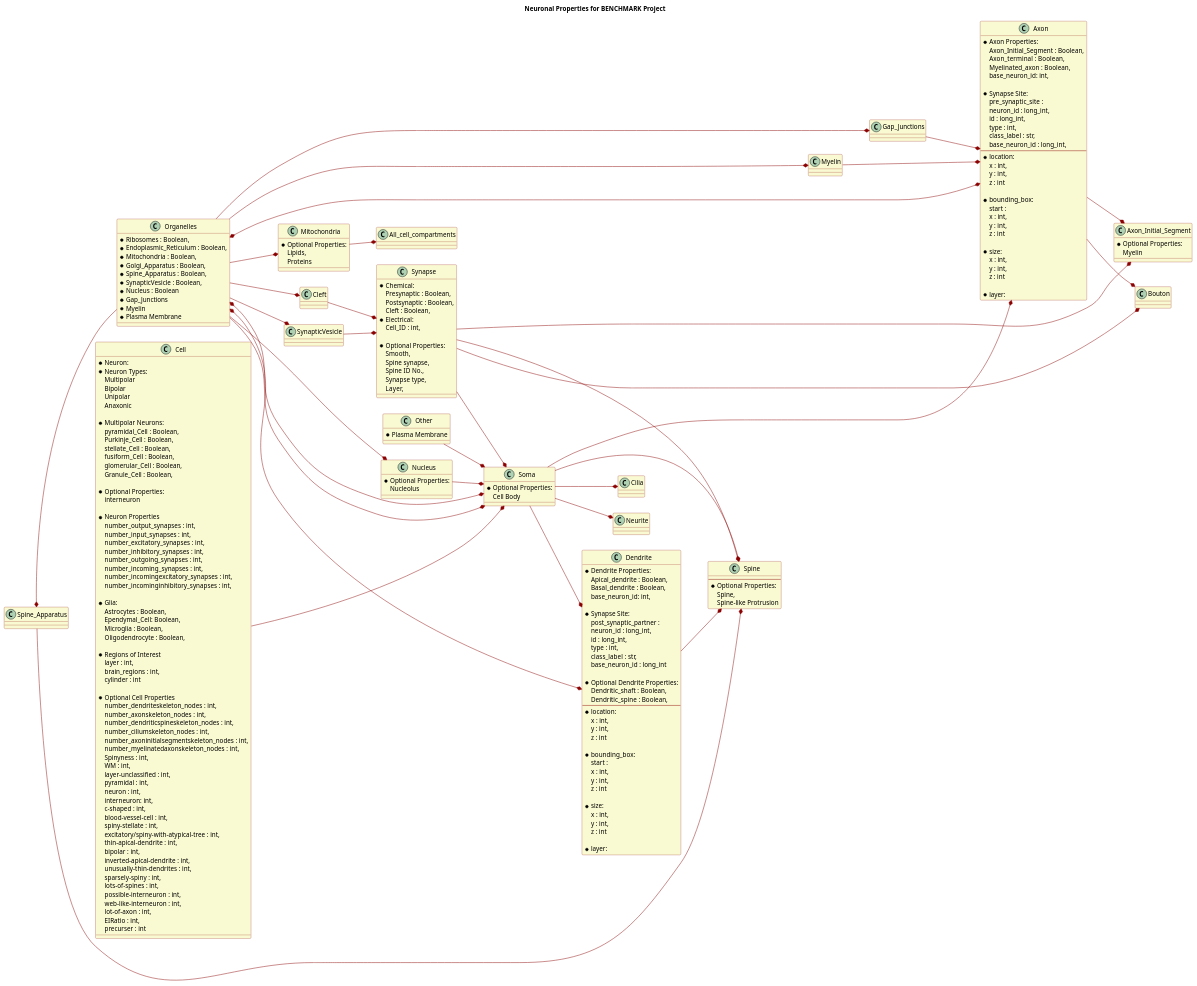
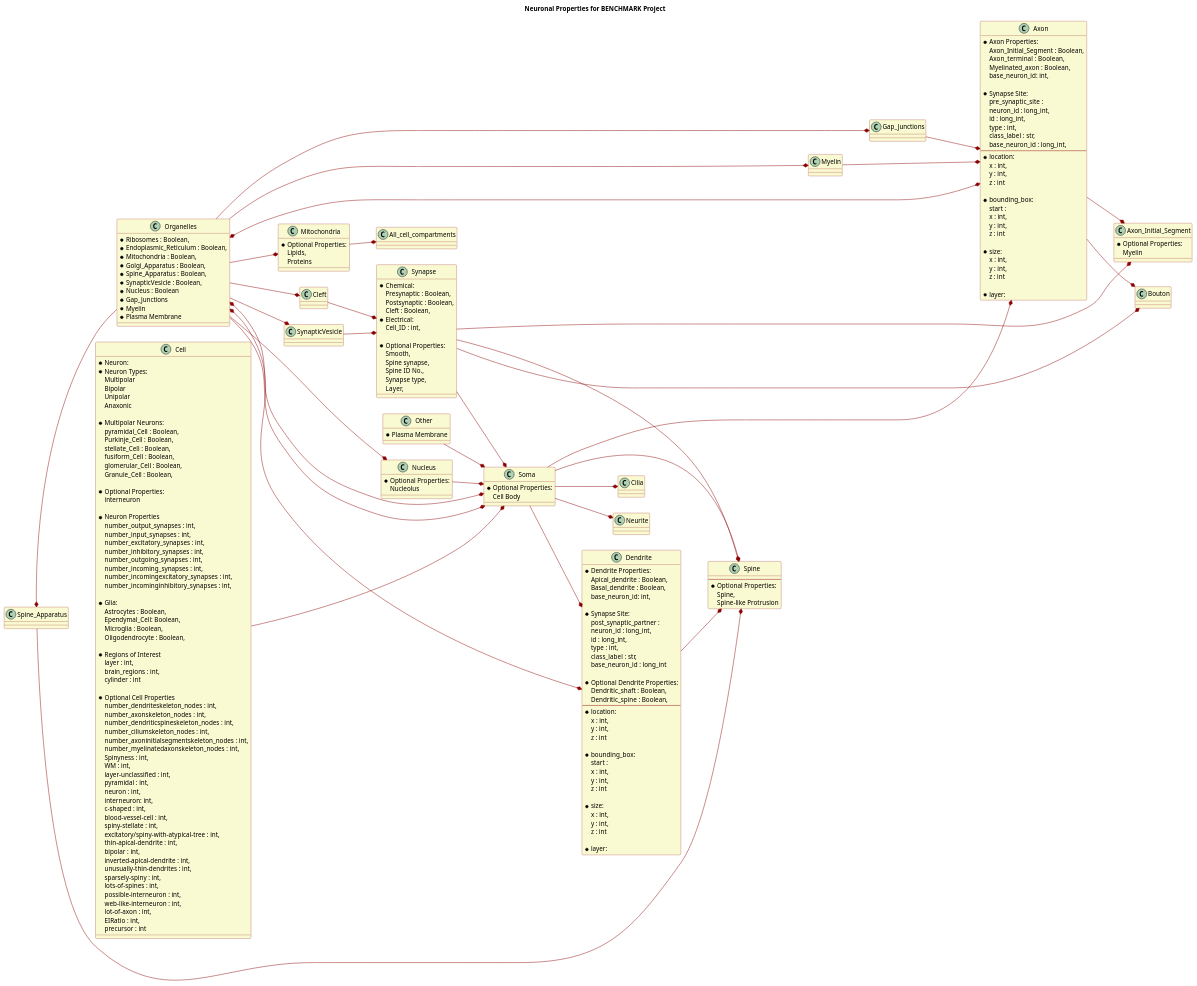
The diagram in annotation-metadata/annotation-metadata-draft.plantuml (aplbrain/BENCHMARK-Metadata), drawn with PlantUML before and after one commit. The commit also changed 2 other files, not shown here.

```diff
--- a/annotation-metadata/annotation-metadata-draft.plantuml
+++ b/annotation-metadata/annotation-metadata-draft.plantuml
@@ -118,7 +118,7 @@
         web-like-interneuron : int,
         lot-of-axon : int,
         EIRatio : int,
-		precurser : int
+		precursor : int
 }
 
 
```
